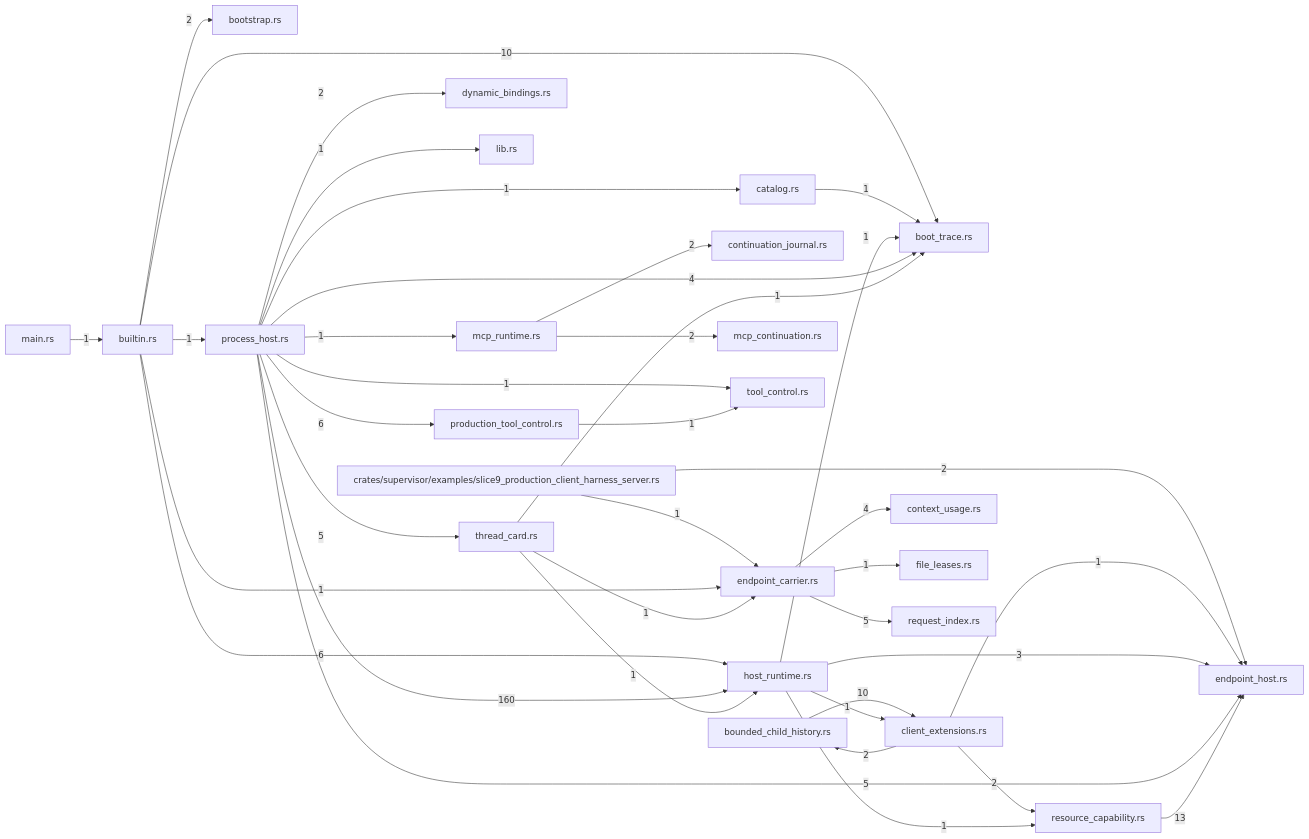
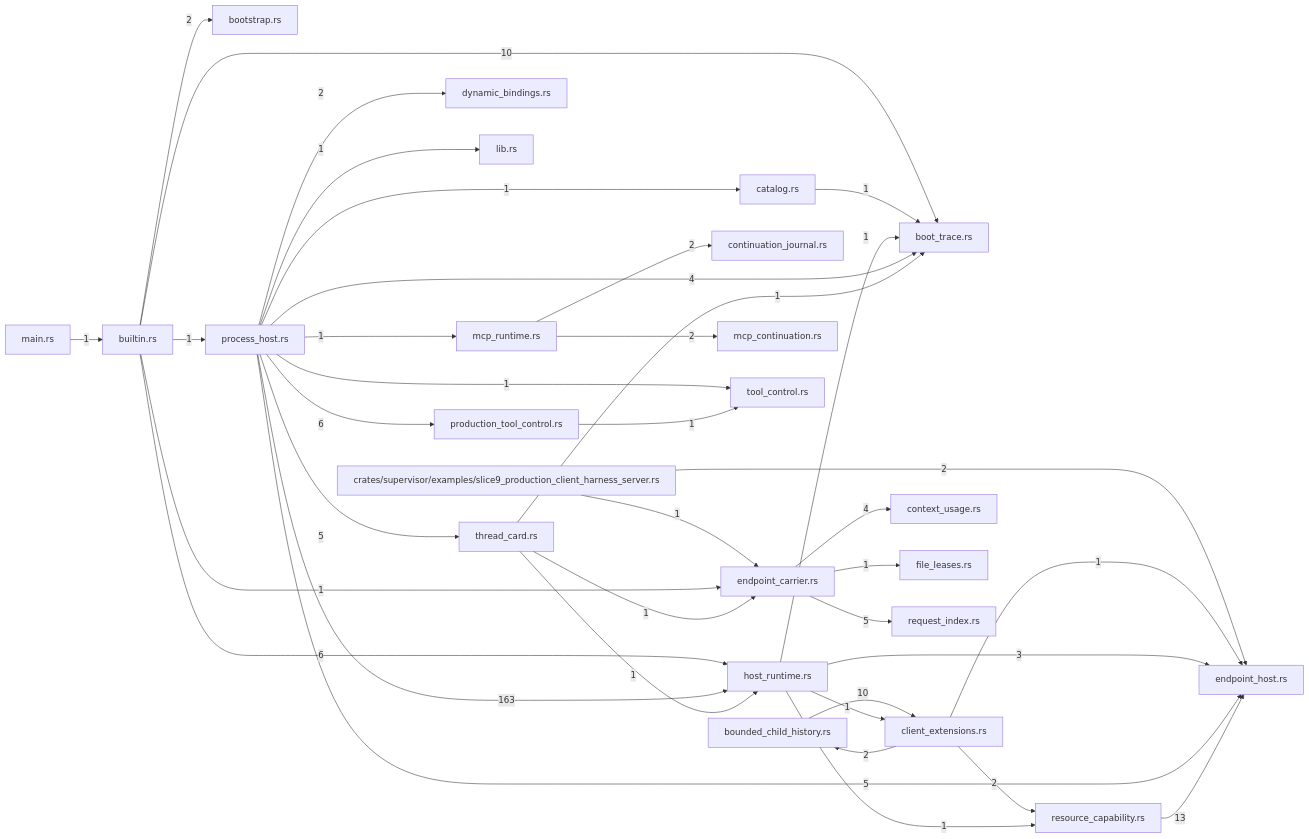
Before and after one commit to TekesApps/TekesKernel: the diagram in crates/supervisor/docs/generated/index.md, drawn with Mermaid. The commit also changed other lines of this file and 61 other files, not shown here.

````diff
--- a/crates/supervisor/docs/generated/index.md
+++ b/crates/supervisor/docs/generated/index.md
@@ -97,64 +97,64 @@
 ```mermaid
 flowchart LR
   m0["crates/supervisor/examples/slice9_production_client_harness_server.rs"]
   m1["boot_trace.rs"]
   m2["bootstrap.rs"]
   m3["bounded_child_history.rs"]
   m4["builtin.rs"]
   m5["catalog.rs"]
   m6["client_extensions.rs"]
   m7["context_usage.rs"]
   m8["continuation_journal.rs"]
   m9["dynamic_bindings.rs"]
   m10["endpoint_carrier.rs"]
   m11["endpoint_host.rs"]
   m12["file_leases.rs"]
   m13["host_runtime.rs"]
   m14["lib.rs"]
   m15["main.rs"]
   m16["mcp_continuation.rs"]
   m17["mcp_runtime.rs"]
   m18["process_host.rs"]
   m19["production_tool_control.rs"]
   m20["request_index.rs"]
   m21["resource_capability.rs"]
   m22["thread_card.rs"]
   m23["tool_control.rs"]
   m0 -->|"1"| m10
   m0 -->|"2"| m11
   m3 -->|"10"| m6
   m4 -->|"10"| m1
   m4 -->|"2"| m2
   m4 -->|"1"| m10
   m4 -->|"6"| m13
   m4 -->|"1"| m18
   m5 -->|"1"| m1
   m6 -->|"2"| m3
   m6 -->|"1"| m11
   m6 -->|"2"| m21
   m10 -->|"4"| m7
   m10 -->|"1"| m12
   m10 -->|"5"| m20
   m13 -->|"1"| m1
   m13 -->|"1"| m6
   m13 -->|"3"| m11
   m13 -->|"1"| m21
   m15 -->|"1"| m4
   m17 -->|"2"| m8
   m17 -->|"2"| m16
   m18 -->|"4"| m1
   m18 -->|"1"| m5
   m18 -->|"2"| m9
   m18 -->|"5"| m11
-  m18 -->|"160"| m13
+  m18 -->|"163"| m13
   m18 -->|"1"| m14
   m18 -->|"1"| m17
   m18 -->|"6"| m19
   m18 -->|"5"| m22
   m18 -->|"1"| m23
   m19 -->|"1"| m23
   m21 -->|"13"| m11
   m22 -->|"1"| m1
   m22 -->|"1"| m10
   m22 -->|"1"| m13
 ```
````
